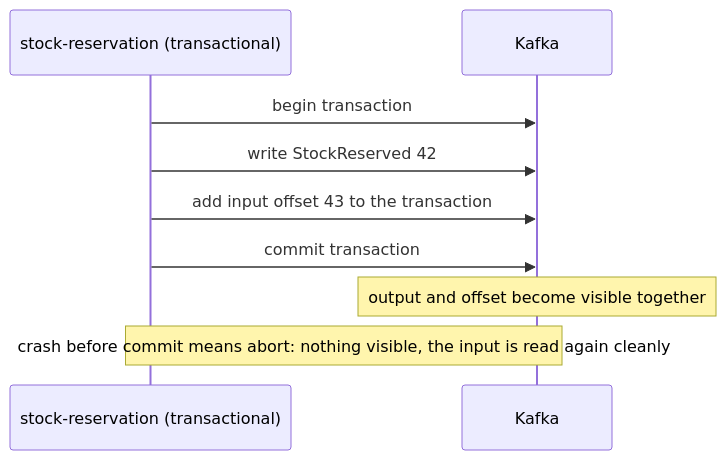
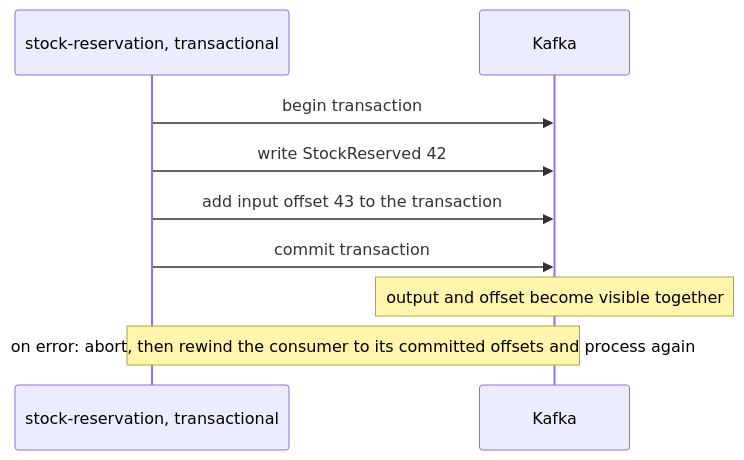
Before and after one commit to jubin-techwiz/learning: the second of 2 diagrams in notes/02-messaging/02-kafka/09-idempotent-producer-transactions.md, drawn with Mermaid. The commit also changed other lines of this file and 37 other files, not shown here.

````diff
--- a/notes/02-messaging/02-kafka/09-idempotent-producer-transactions.md
+++ b/notes/02-messaging/02-kafka/09-idempotent-producer-transactions.md
@@ -44,11 +73,11 @@
 ```mermaid
 sequenceDiagram
-    participant S as stock-reservation (transactional)
+    participant S as stock-reservation, transactional
     participant K as Kafka
     S->>K: begin transaction
     S->>K: write StockReserved 42
     S->>K: add input offset 43 to the transaction
     S->>K: commit transaction
     Note over K: output and offset become visible together
-    Note over S,K: crash before commit means abort: nothing visible, the input is read again cleanly
+    Note over S,K: on error: abort, then rewind the consumer to its committed offsets and process again
 ```
````
